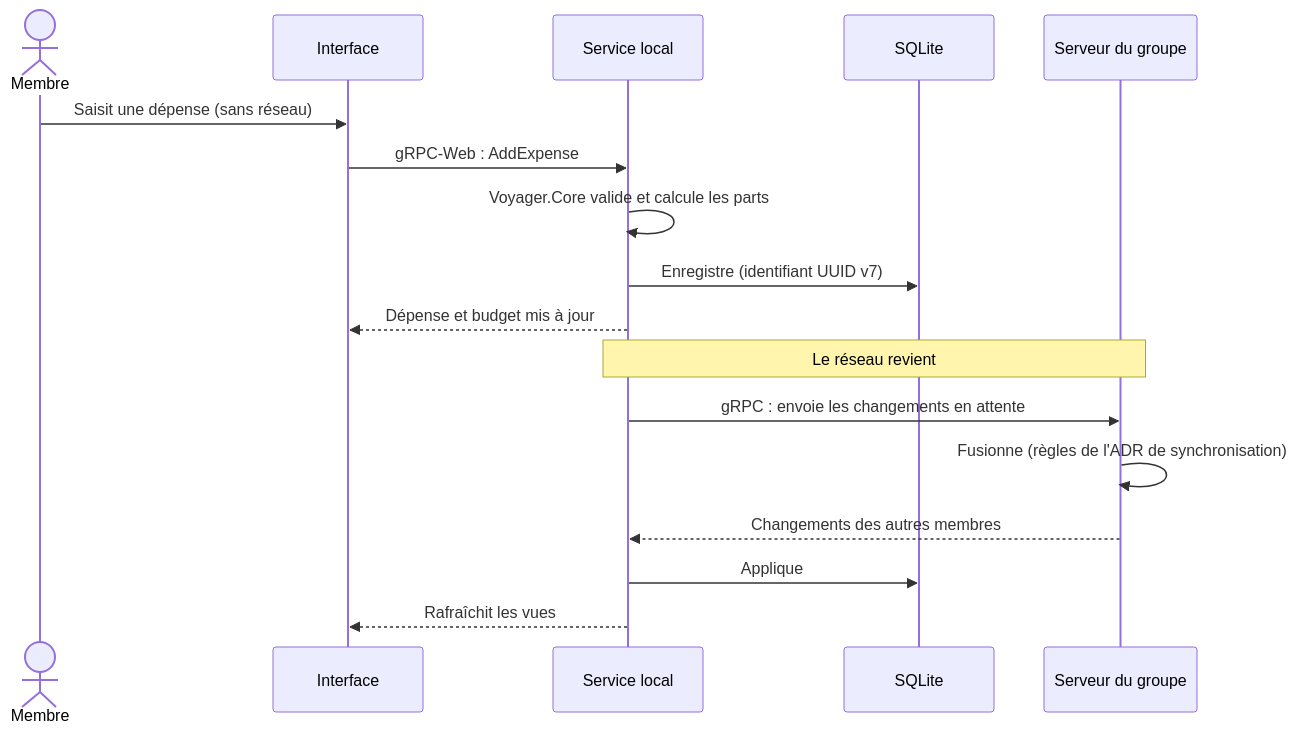
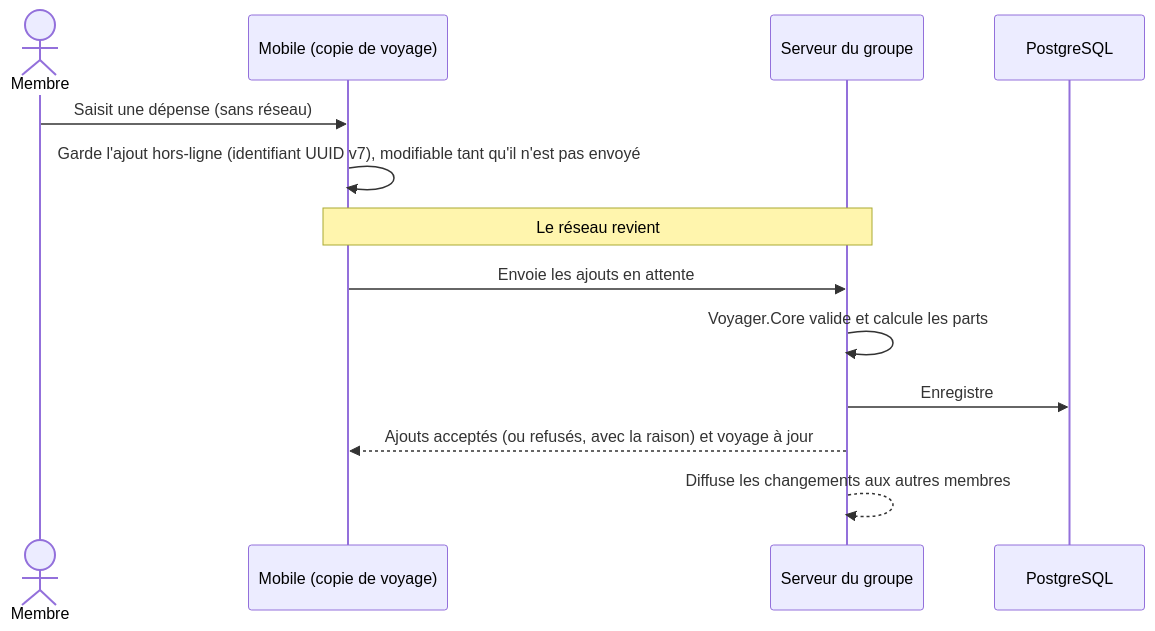
The seventh of 7 diagrams in docs/schemas/technique.md (Nidk-Akanea/Voyager), drawn with Mermaid before and after one commit. The commit also changed other lines of this file and 156 other files, not shown here.

First line of the commit message:
refactor: remove the local service and the plugin management on the desktop (#43)

````diff
--- a/docs/schemas/technique.md
+++ b/docs/schemas/technique.md
@@ -373,19 +299,15 @@
 ```mermaid
 sequenceDiagram
     actor M as Membre
-    participant UI as Interface
-    participant L as Service local
-    participant DB as SQLite
+    participant Mob as Mobile (copie de voyage)
     participant S as Serveur du groupe
-    M->>UI: Saisit une dépense (sans réseau)
-    UI->>L: gRPC-Web : AddExpense
-    L->>L: Voyager.Core valide et calcule les parts
-    L->>DB: Enregistre (identifiant UUID v7)
-    L-->>UI: Dépense et budget mis à jour
-    Note over L,S: Le réseau revient
-    L->>S: gRPC : envoie les changements en attente
-    S->>S: Fusionne (règles de l'ADR de synchronisation)
-    S-->>L: Changements des autres membres
-    L->>DB: Applique
-    L-->>UI: Rafraîchit les vues
+    participant DB as PostgreSQL
+    M->>Mob: Saisit une dépense (sans réseau)
+    Mob->>Mob: Garde l'ajout hors-ligne (identifiant UUID v7), modifiable tant qu'il n'est pas envoyé
+    Note over Mob,S: Le réseau revient
+    Mob->>S: Envoie les ajouts en attente
+    S->>S: Voyager.Core valide et calcule les parts
+    S->>DB: Enregistre
+    S-->>Mob: Ajouts acceptés (ou refusés, avec la raison) et voyage à jour
+    S-->>S: Diffuse les changements aux autres membres
 ```
````
